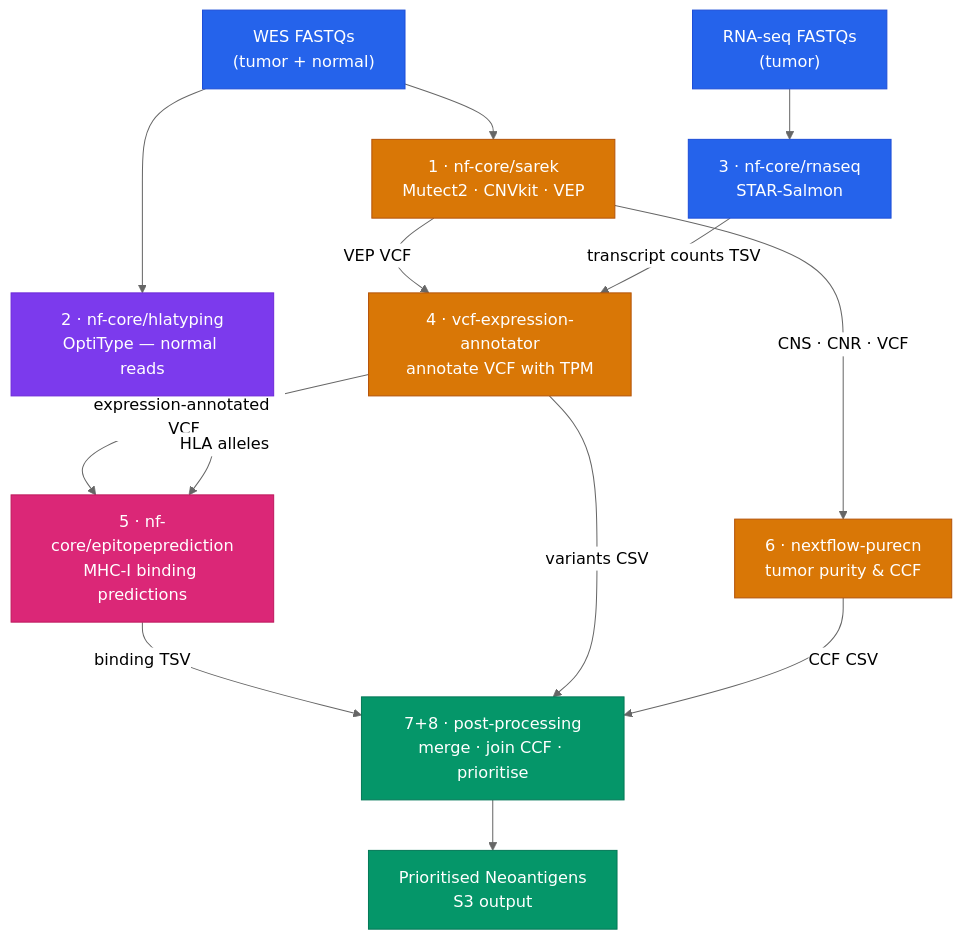
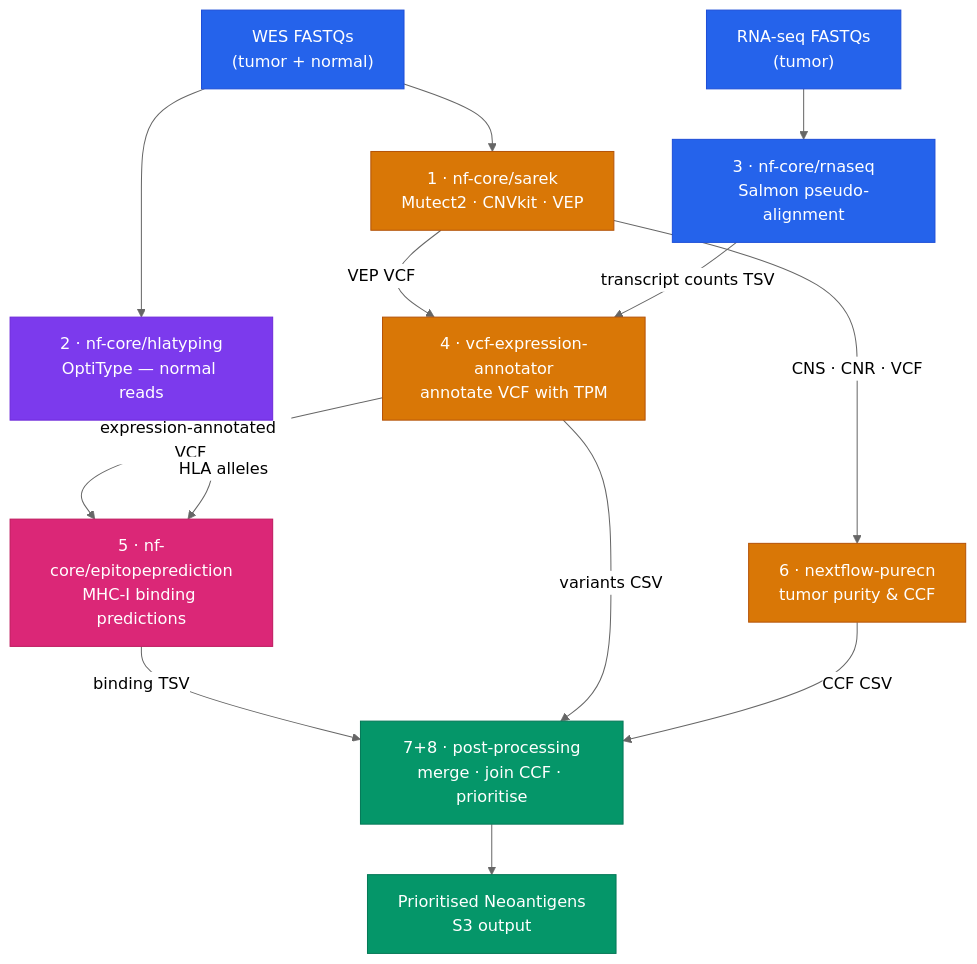
Before and after one commit to tylergross97/neoantigen-prefect: the diagram in README.md, drawn with Mermaid (neutral theme). The commit also changed other lines of this file and 4 other files, not shown here.

````diff
--- a/README.md
+++ b/README.md
@@ -25,34 +25,34 @@
 ```mermaid
 flowchart TD
     WES["WES FASTQs<br/>(tumor + normal)"]
     RNA["RNA-seq FASTQs<br/>(tumor)"]
 
     WES --> sarek["1 · nf-core/sarek<br/>Mutect2 · CNVkit · VEP"]
     WES --> hlatyping["2 · nf-core/hlatyping<br/>OptiType — normal reads"]
-    RNA --> rnaseq["3 · nf-core/rnaseq<br/>STAR-Salmon"]
+    RNA --> rnaseq["3 · nf-core/rnaseq<br/>Salmon pseudo-alignment"]
 
     sarek -->|"VEP VCF"| vcfannot["4 · vcf-expression-annotator<br/>annotate VCF with TPM"]
     rnaseq -->|"transcript counts TSV"| vcfannot
 
     sarek -->|"CNS · CNR · VCF"| purecn["6 · nextflow-purecn<br/>tumor purity & CCF"]
 
     vcfannot -->|"expression-annotated VCF"| epipred["5 · nf-core/epitopeprediction<br/>MHC-I binding predictions"]
     hlatyping -->|"HLA alleles"| epipred
 
     epipred -->|"binding TSV"| postproc["7+8 · post-processing<br/>merge · join CCF · prioritise"]
     vcfannot -->|"variants CSV"| postproc
     purecn -->|"CCF CSV"| postproc
 
     postproc --> out["Prioritised Neoantigens<br/>S3 output"]
 
     style WES fill:#2563eb,stroke:#1d4ed8,color:#fff
     style RNA fill:#2563eb,stroke:#1d4ed8,color:#fff
     style out fill:#059669,stroke:#047857,color:#fff
     style sarek fill:#d97706,stroke:#b45309,color:#fff
     style hlatyping fill:#7c3aed,stroke:#6d28d9,color:#fff
     style rnaseq fill:#2563eb,stroke:#1d4ed8,color:#fff
     style vcfannot fill:#d97706,stroke:#b45309,color:#fff
     style purecn fill:#d97706,stroke:#b45309,color:#fff
     style epipred fill:#db2777,stroke:#be185d,color:#fff
     style postproc fill:#059669,stroke:#047857,color:#fff
 ```
````
